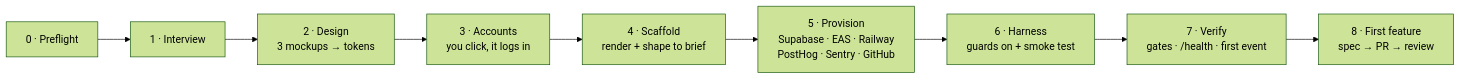
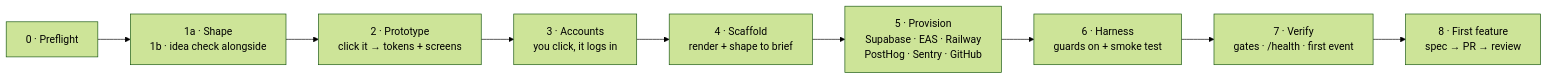
Before and after one commit to foxinthehenhouse/app-in-a-box: the diagram in README.md, drawn with Mermaid (forest theme). The commit also changed other lines of this file and 164 other files, not shown here.

````diff
--- a/README.md
+++ b/README.md
@@ -110,11 +111,11 @@
 ```mermaid
 flowchart LR
-  A[0 · Preflight] --> B[1 · Interview]
-  B --> C[2 · Design<br/>3 mockups → tokens]
+  A[0 · Preflight] --> B[1a · Shape<br/>1b · idea check alongside]
+  B --> C[2 · Prototype<br/>click it → tokens + screens]
   C --> D[3 · Accounts<br/>you click, it logs in]
   D --> E[4 · Scaffold<br/>render + shape to brief]
   E --> F[5 · Provision<br/>Supabase · EAS · Railway<br/>PostHog · Sentry · GitHub]
   F --> G[6 · Harness<br/>guards on + smoke test]
   G --> H[7 · Verify<br/>gates · /health · first event]
   H --> I[8 · First feature<br/>spec → PR → review]
 ```
````
